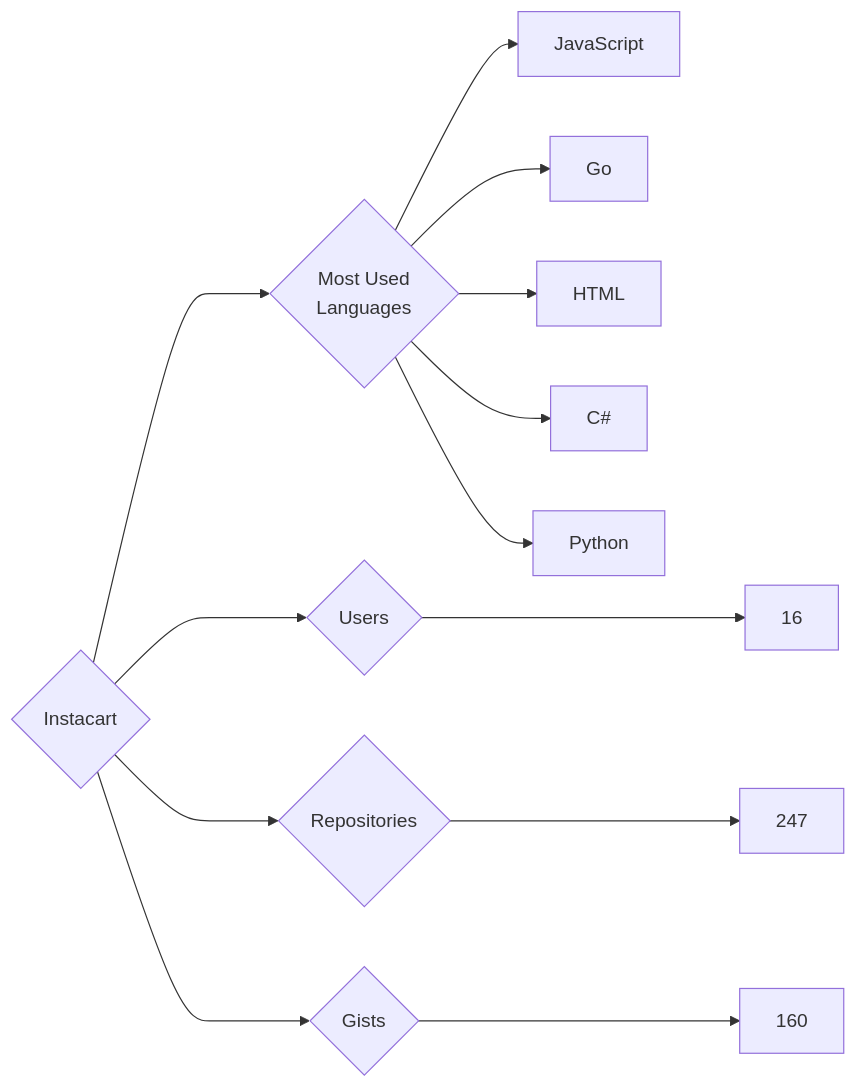
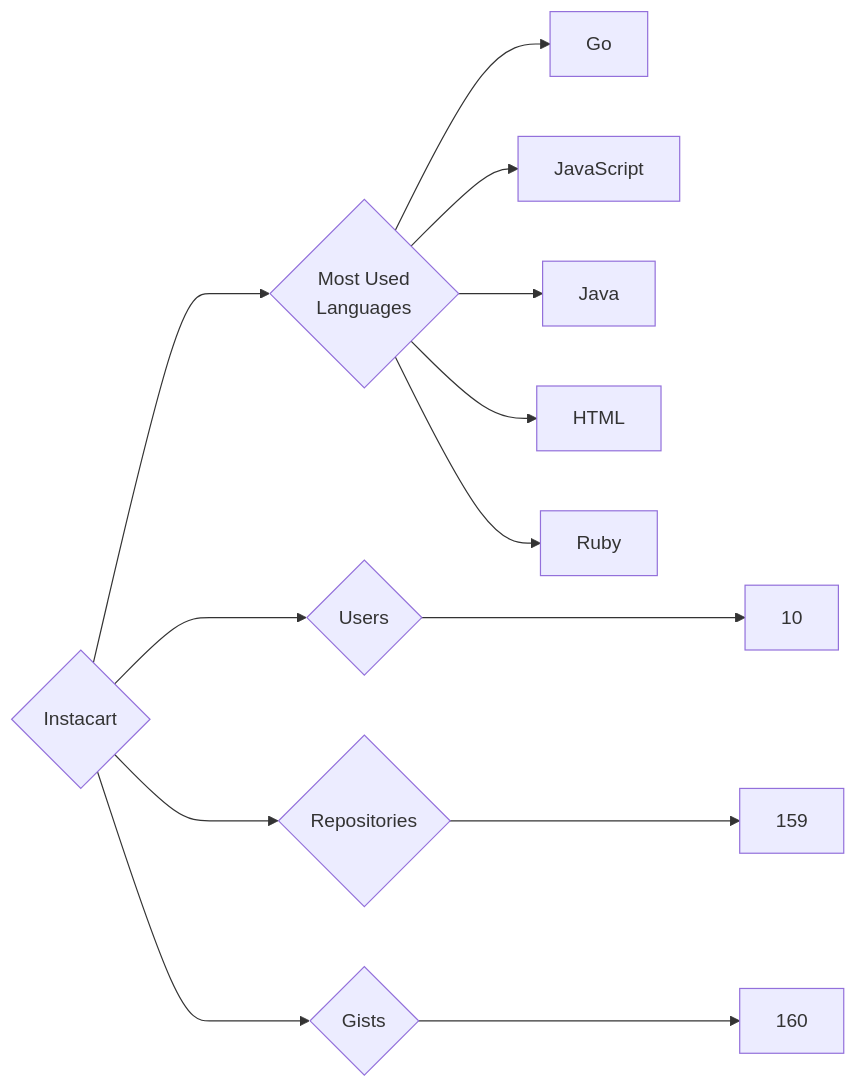
One commit to trickest/insiders changed the diagram in targets/Instacart/README.md. Above: the diagram before and after it, drawn with Mermaid. The commit also changed 718 other files, not shown here.

````diff
--- a/targets/Instacart/README.md
+++ b/targets/Instacart/README.md
@@ -3,13 +3,13 @@
 ```mermaid
 graph LR
 COMPANY_NAME{Instacart}
-COMPANY_NAME ---> U{Users} ---> UN[16]
-COMPANY_NAME ---> R{Repositories} ---> RN[247]
+COMPANY_NAME ---> U{Users} ---> UN[10]
+COMPANY_NAME ---> R{Repositories} ---> RN[159]
 COMPANY_NAME ---> G{Gists} ---> GN[160]
 COMPANY_NAME ---> ML{Most Used<br>Languages}
+ML --> Go[Go]
 ML --> JavaScript[JavaScript]
-ML --> Go[Go]
+ML --> Java[Java]
 ML --> HTML[HTML]
-ML --> C#[C#]
-ML --> Python[Python]
+ML --> Ruby[Ruby]
 ```
````
